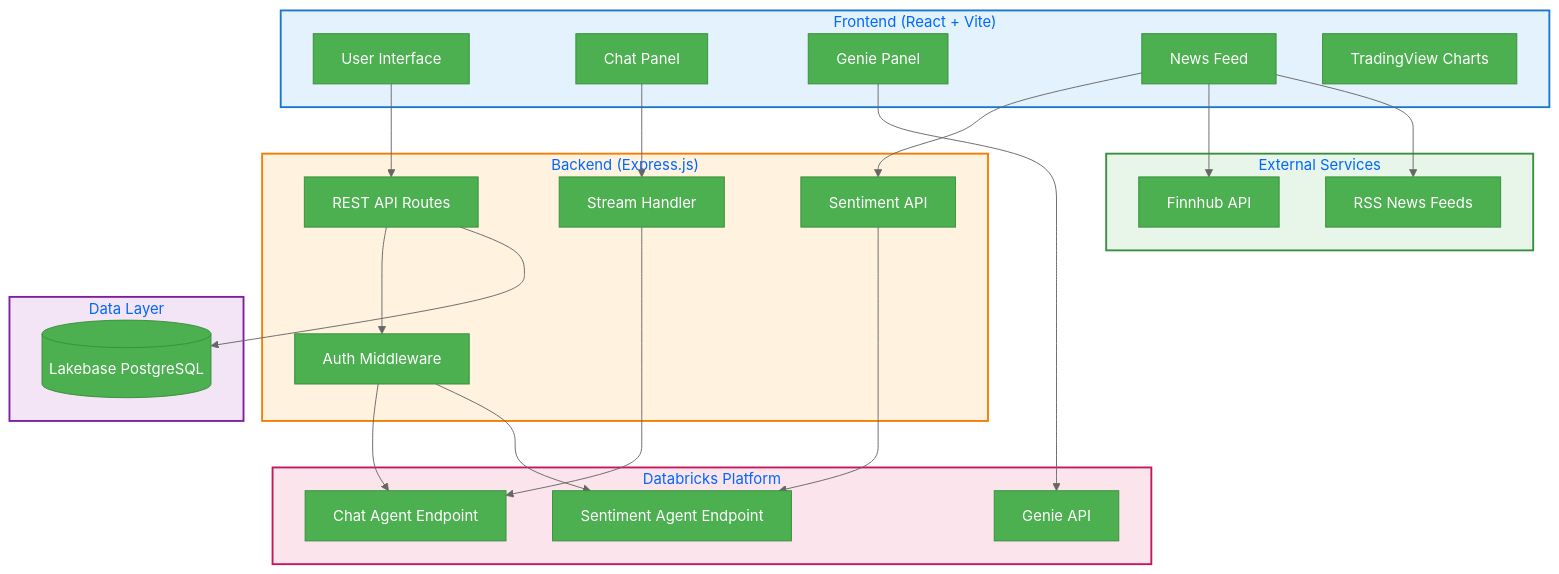
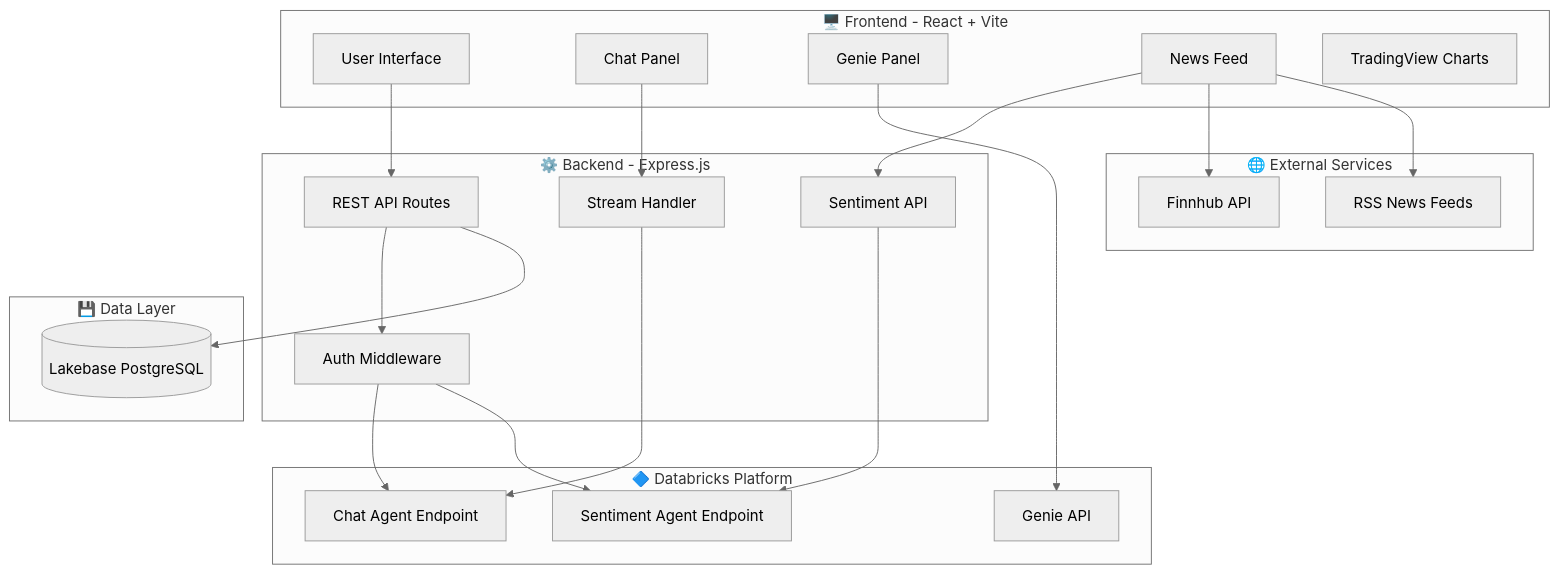
One commit to AnanyaDBJ/equity-analyst-app-agent changed the first of 3 diagrams in README.md. Above: the diagram before and after it, drawn with Mermaid. The commit also changed other lines of this file, not shown here.

Commit message:
docs: Use neutral Mermaid theme for better GitHub rendering

````diff
--- a/README.md
+++ b/README.md
@@ -52,53 +52,47 @@
 ```mermaid
-%%{init: {'theme': 'base', 'themeVariables': { 'primaryColor': '#4CAF50', 'primaryTextColor': '#fff', 'primaryBorderColor': '#388E3C', 'lineColor': '#666', 'secondaryColor': '#2196F3', 'tertiaryColor': '#FF9800', 'background': '#ffffff'}}}%%
+%%{init: {'theme': 'neutral'}}%%
 flowchart TB
-    subgraph Client ["Frontend (React + Vite)"]
+    subgraph Client ["🖥️ Frontend - React + Vite"]
         UI[User Interface]
         Chat[Chat Panel]
         Genie[Genie Panel]
         News[News Feed]
         Charts[TradingView Charts]
     end
 
-    subgraph Server ["Backend (Express.js)"]
+    subgraph Server ["⚙️ Backend - Express.js"]
         API[REST API Routes]
         Auth[Auth Middleware]
         Stream[Stream Handler]
         SentAPI[Sentiment API]
     end
 
-    subgraph Databricks ["Databricks Platform"]
+    subgraph Databricks ["🔷 Databricks Platform"]
         ChatAgent[Chat Agent Endpoint]
         SentimentAgent[Sentiment Agent Endpoint]
         GenieAPI[Genie API]
     end
 
-    subgraph External ["External Services"]
+    subgraph External ["🌐 External Services"]
         FH[Finnhub API]
         RSS[RSS News Feeds]
     end
 
-    subgraph Storage ["Data Layer"]
+    subgraph Storage ["💾 Data Layer"]
         LB[(Lakebase PostgreSQL)]
     end
 
     UI --> API
     Chat --> Stream
     Genie --> GenieAPI
     News --> SentAPI
     News --> FH
     News --> RSS
 
     API --> Auth
     Stream --> ChatAgent
     SentAPI --> SentimentAgent
     Auth --> ChatAgent
     Auth --> SentimentAgent
     API --> LB
-
-    style Client fill:#E3F2FD,stroke:#1976D2,stroke-width:2px
-    style Server fill:#FFF3E0,stroke:#F57C00,stroke-width:2px
-    style Databricks fill:#FCE4EC,stroke:#C2185B,stroke-width:2px
-    style External fill:#E8F5E9,stroke:#388E3C,stroke-width:2px
-    style Storage fill:#F3E5F5,stroke:#7B1FA2,stroke-width:2px
 ```
````
